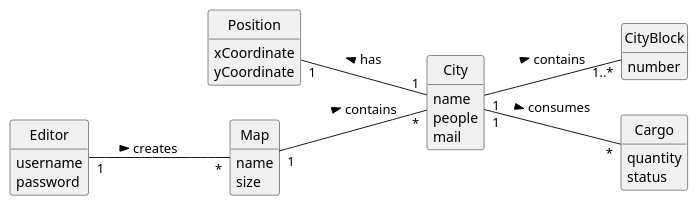
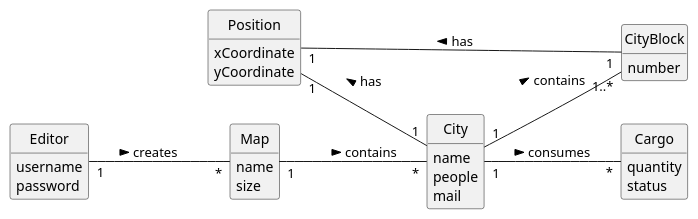
The diagram in Sprint2/US003/02.analysis/puml/US003-DM.puml (1240935/pi2-railway-simulator), drawn with PlantUML before and after one commit. The commit also changed 17 other files, not shown here.

```diff
--- a/Sprint2/US003/02.analysis/puml/US003-DM.puml
+++ b/Sprint2/US003/02.analysis/puml/US003-DM.puml
@@ -1,55 +1,56 @@
 @startuml
 skinparam monochrome true
 skinparam packageStyle rectangle
 skinparam shadowing false
 'skinparam linetype ortho
 'left to right direction
 skinparam classAttributeIconSize 0
 hide circle
 hide methods
 
 hide circle
 hide methods
 
 left to right direction
 
 class Map {
     name
     size
 }
 
 class City {
     name
     people
     mail
 }
 
 class CityBlock{
     number
 }
 
 class Cargo {
     quantity
     status
 }
 
 class Editor {
     username
     password
 }
 
 class Position{
     xCoordinate
     yCoordinate
 }
 
 
 
 Map "1" -- "*" City : contains >
 Editor "1" -- "*" Map : creates >
 City "1" -- "1..*" CityBlock: contains >
 City "1" -- "*" Cargo: consumes >
 Position "1" -- "1" City: has <
+Position "1" -- "1" CityBlock: has <
 
 
 @enduml
```
